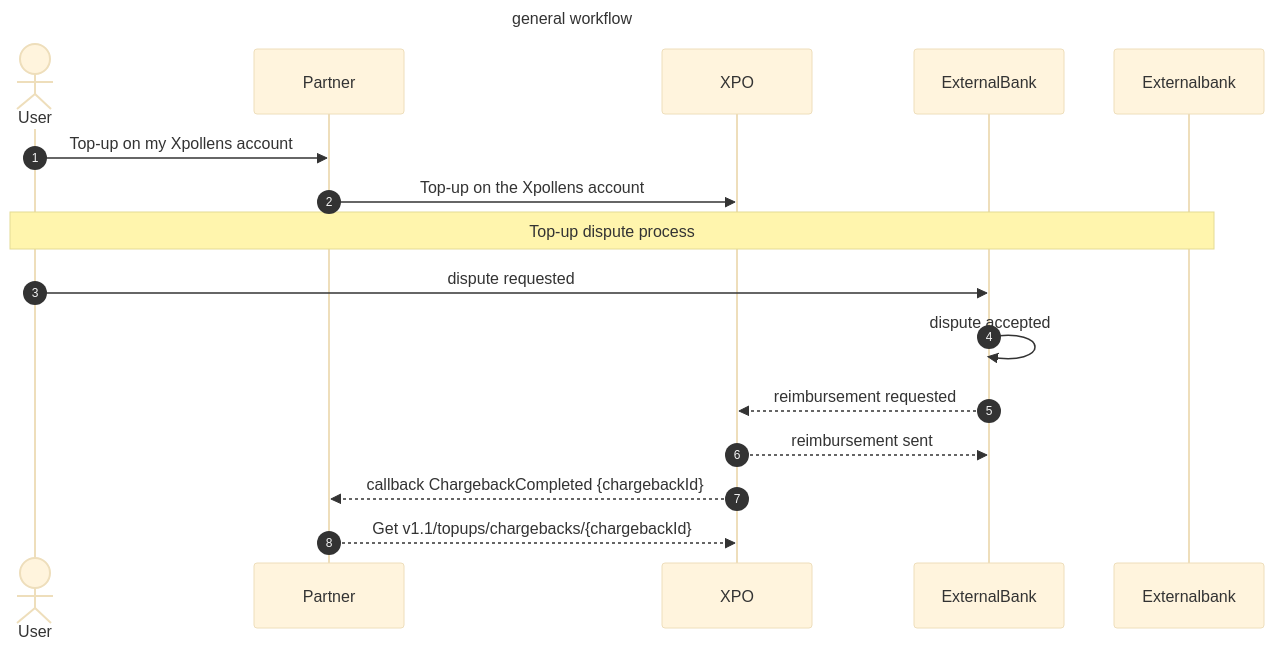
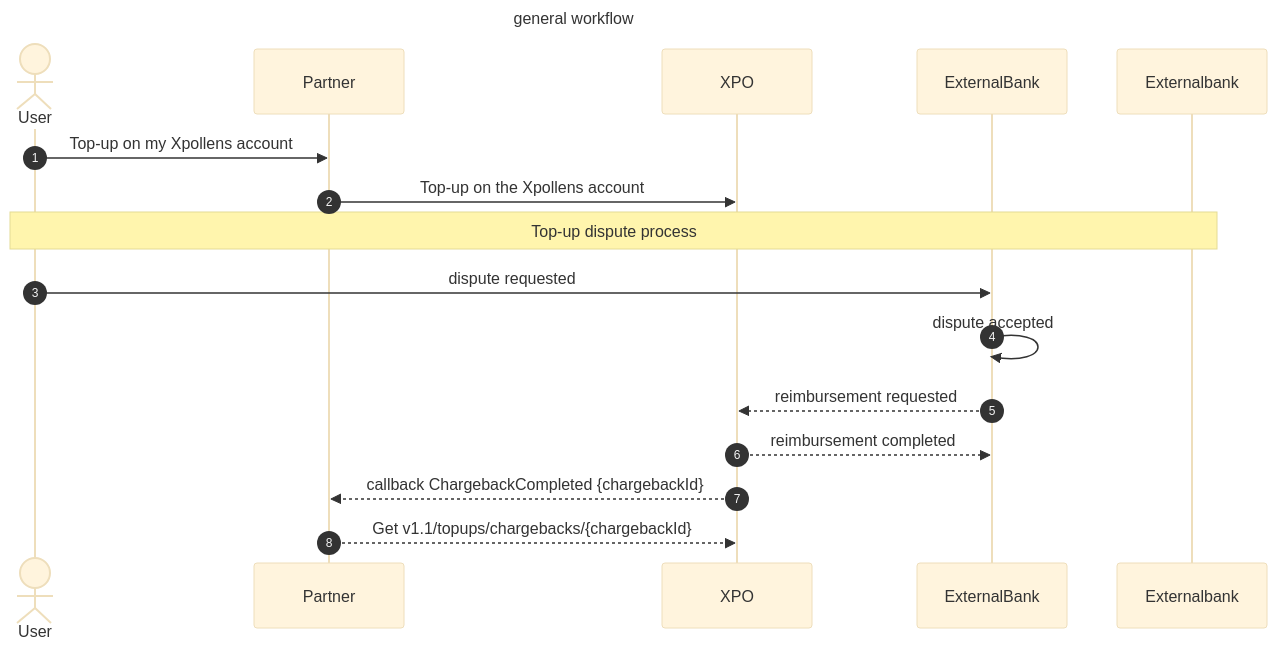
Before and after one commit to pomme-clic/s-money-documentation: the first of 2 diagrams in docs/usecases/topups/topup_dispute.md, drawn with Mermaid (base theme).

````diff
--- a/docs/usecases/topups/topup_dispute.md
+++ b/docs/usecases/topups/topup_dispute.md
@@ -11,24 +11,24 @@
 ```mermaid
 sequenceDiagram
 
 Title: general workflow
 autoNumber
 Actor User
 Participant Partner
 Participant XPO
 Participant ExternalBank
 
 User ->> Partner : Top-up on my Xpollens account
 Partner ->> XPO : Top-up on the Xpollens account
 
 Note over User, Externalbank: Top-up dispute process
 User ->> ExternalBank: dispute requested
 ExternalBank ->> ExternalBank : dispute accepted
 ExternalBank -->> XPO: reimbursement requested
-XPO -->> ExternalBank: reimbursement sent
+XPO -->> ExternalBank: reimbursement completed
 XPO -->> Partner: callback ChargebackCompleted {chargebackId}
 
 Partner -->> XPO: Get v1.1/topups/chargebacks/{chargebackId}
 
 
 ```
````
